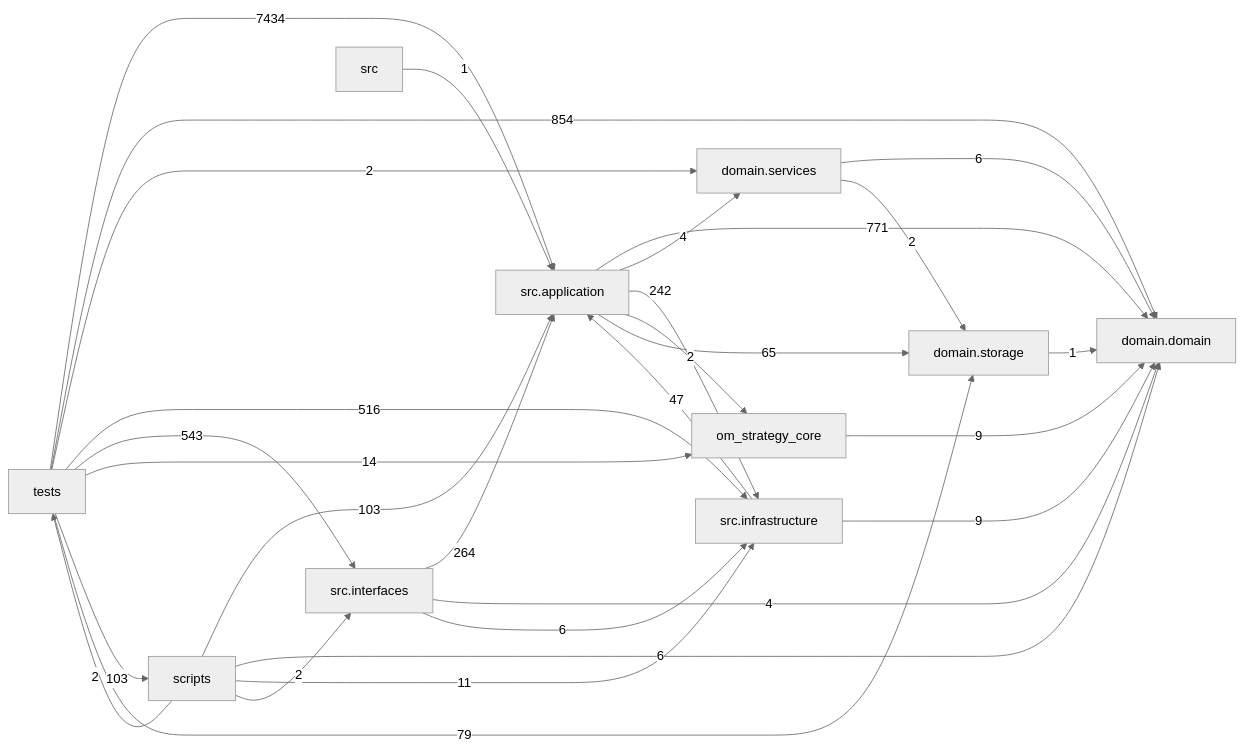
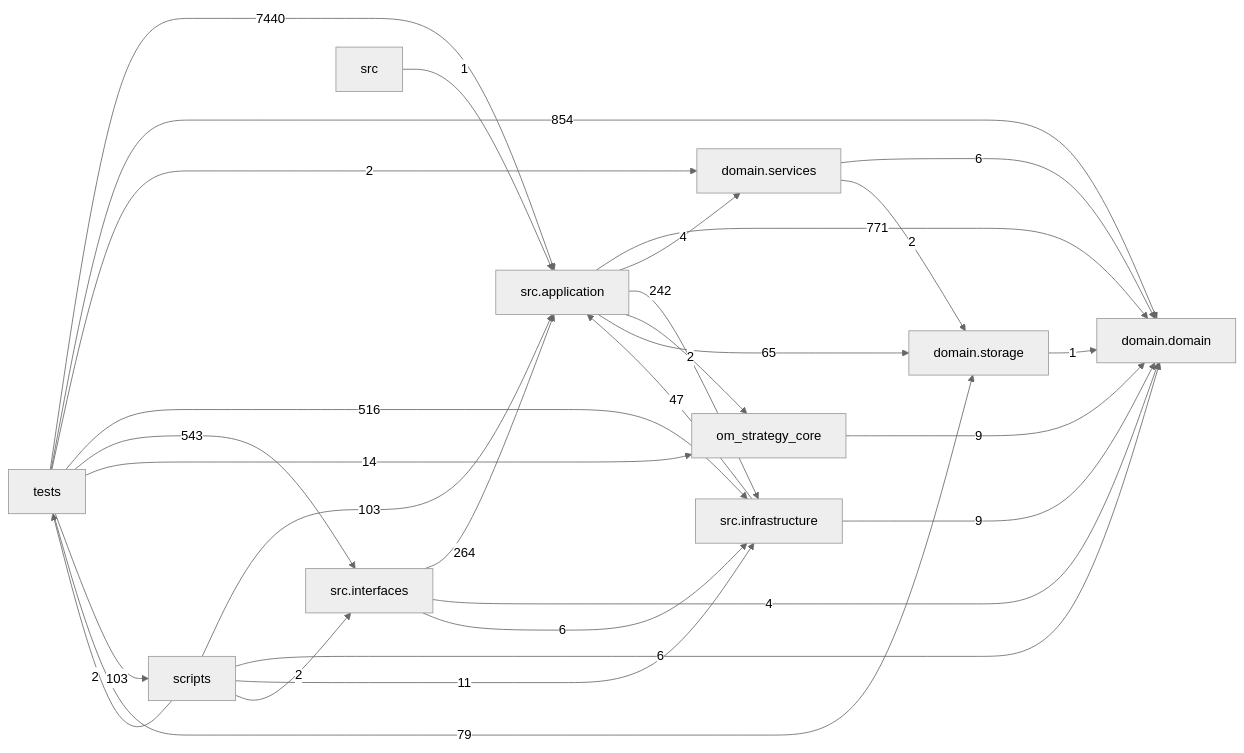
The diagram in docs/DEPENDENCY_GRAPH.md (liuxie066/options-monitor), drawn with Mermaid (neutral theme) before and after one commit. The commit also changed other lines of this file and 11 other files, not shown here.

````diff
--- a/docs/DEPENDENCY_GRAPH.md
+++ b/docs/DEPENDENCY_GRAPH.md
@@ -24,39 +24,39 @@
 ```mermaid
 flowchart LR
   tests["tests"]
   scripts["scripts"]
   interfaces["src.interfaces"]
   application["src.application"]
   infrastructure["src.infrastructure"]
   domain_services["domain.services"]
   domain["domain.domain"]
   storage["domain.storage"]
   application -->|771| domain
   application -->|4| domain_services
   application -->|242| infrastructure
   application -->|2| om_strategy_core
   application -->|65| storage
   domain_services -->|6| domain
   domain_services -->|2| storage
   infrastructure -->|47| application
   infrastructure -->|9| domain
   interfaces -->|264| application
   interfaces -->|4| domain
   interfaces -->|6| infrastructure
   om_strategy_core -->|9| domain
   scripts -->|103| application
   scripts -->|6| domain
   scripts -->|11| infrastructure
   scripts -->|2| interfaces
   scripts -->|2| tests
   src -->|1| application
   storage -->|1| domain
-  tests -->|7434| application
+  tests -->|7440| application
   tests -->|854| domain
   tests -->|2| domain_services
   tests -->|516| infrastructure
   tests -->|543| interfaces
   tests -->|14| om_strategy_core
   tests -->|103| scripts
   tests -->|79| storage
 ```
````
